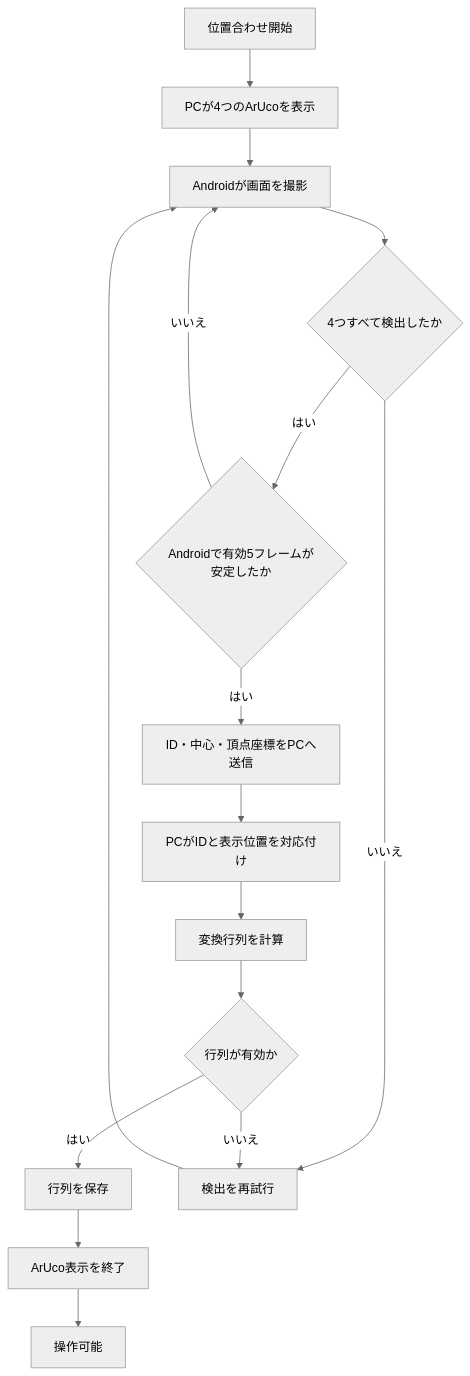
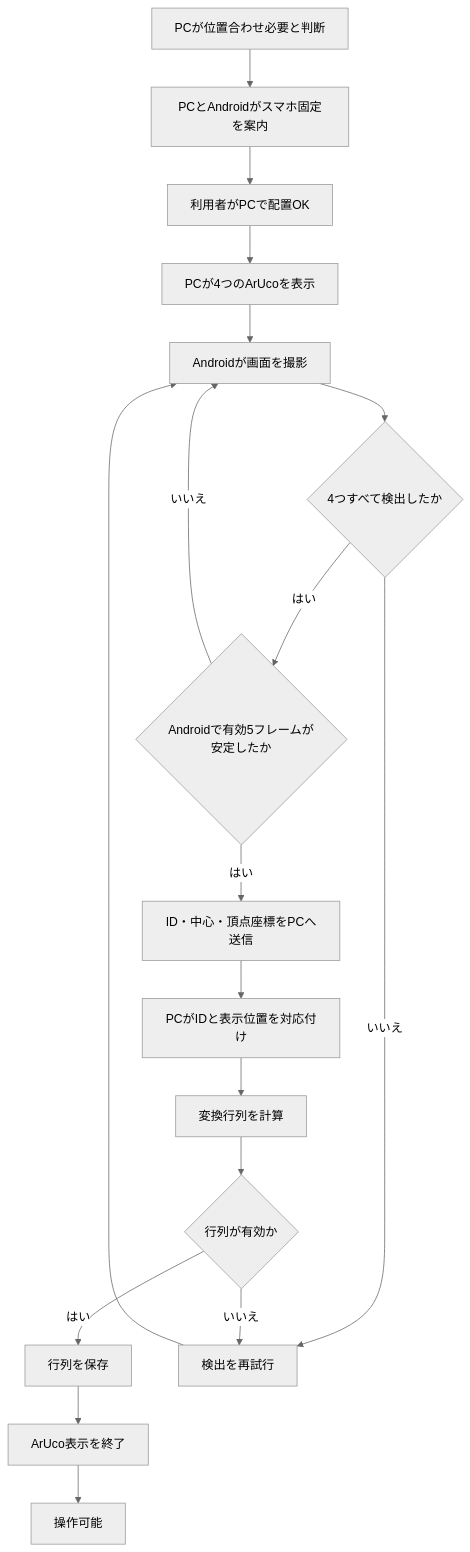
Before and after one commit to KIT-DevelopersHub/screact: the ninth of 13 diagrams in docs/android/android-app-requirements.md, drawn with Mermaid (neutral theme). The commit also changed other lines of this file and 11 other files, not shown here.

````diff
--- a/docs/android/android-app-requirements.md
+++ b/docs/android/android-app-requirements.md
@@ -333,23 +339,25 @@
 ```mermaid
 flowchart TD
-    Start[位置合わせ開始]
+    Start[PCが位置合わせ必要と判断]
+    Guide[PCとAndroidがスマホ固定を案内]
+    Confirm[利用者がPCで配置OK]
     Show[PCが4つのArUcoを表示]
     Capture[Androidが画面を撮影]
     Detect{4つすべて検出したか}
     Stable{Androidで有効5フレームが安定したか}
     Send[ID・中心・頂点座標をPCへ送信]
     Match[PCがIDと表示位置を対応付け]
     Calculate[変換行列を計算]
     Valid{行列が有効か}
     Save[行列を保存]
     Hide[ArUco表示を終了]
     Ready[操作可能]
     Retry[検出を再試行]
-    Start --> Show --> Capture --> Detect
+    Start --> Guide --> Confirm --> Show --> Capture --> Detect
     Detect -->|いいえ| Retry --> Capture
     Detect -->|はい| Stable
     Stable -->|いいえ| Capture
     Stable -->|はい| Send --> Match --> Calculate --> Valid
     Valid -->|いいえ| Retry
     Valid -->|はい| Save --> Hide --> Ready
 ```
````
